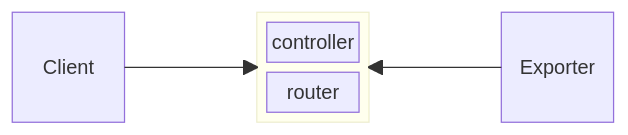
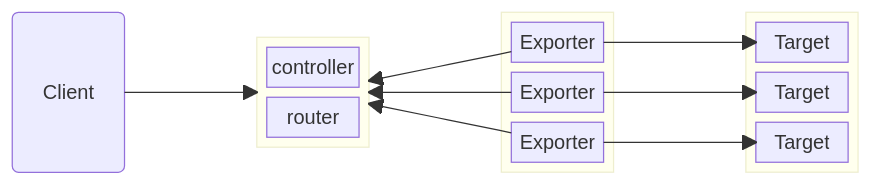
The diagram in python/docs/source/introduction/service.md (jumpstarter-dev/jumpstarter), drawn with Mermaid before and after one commit. The commit also changed other lines of this file and 14 other files, not shown here.

````diff
--- a/python/docs/source/introduction/service.md
+++ b/python/docs/source/introduction/service.md
@@ -16,16 +16,32 @@
 ```{mermaid}
 block-beta
 
-    client["Client"]
+    client("Client")
     space
     block:service
     columns 1
         controller
         router
     end
     space
-    exporter["Exporter"]
-
+    block:exporters
+    columns 1
+        exporter["Exporter"]
+        exporter2["Exporter"]
+        exporter3["Exporter"]
+    end
+    space
+    block:duts
+    columns 1
+        dut1["Target"]
+        dut2["Target"]
+        dut3["Target"]
+    end
     exporter-->service
+    exporter2-->service
+    exporter3-->service
+    exporter-->dut1
+    exporter2-->dut2
+    exporter3-->dut3
     client-->service
 ```
````
